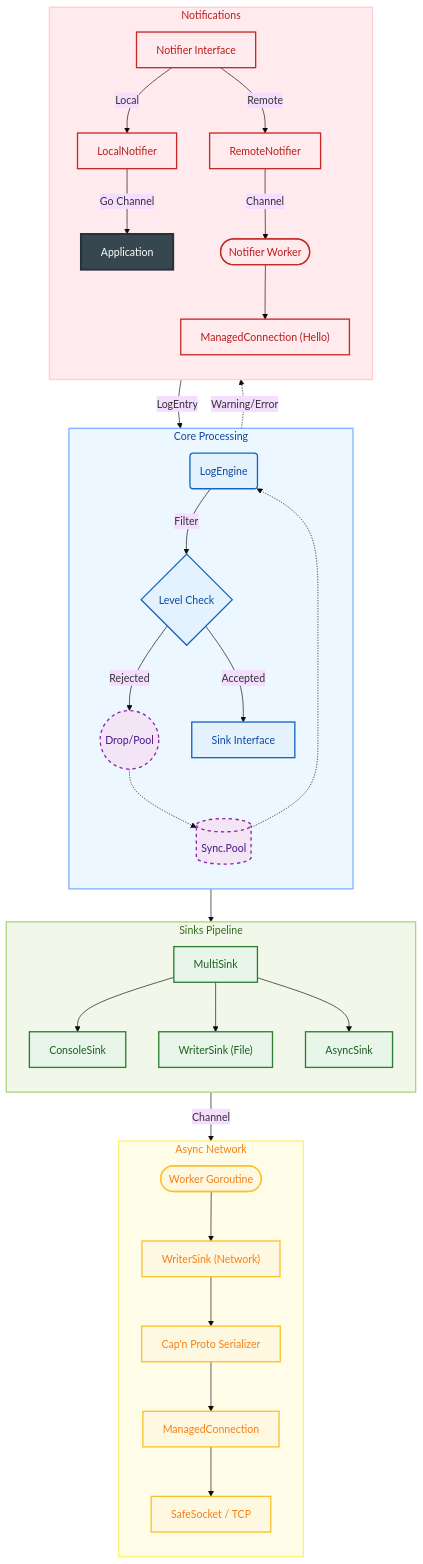
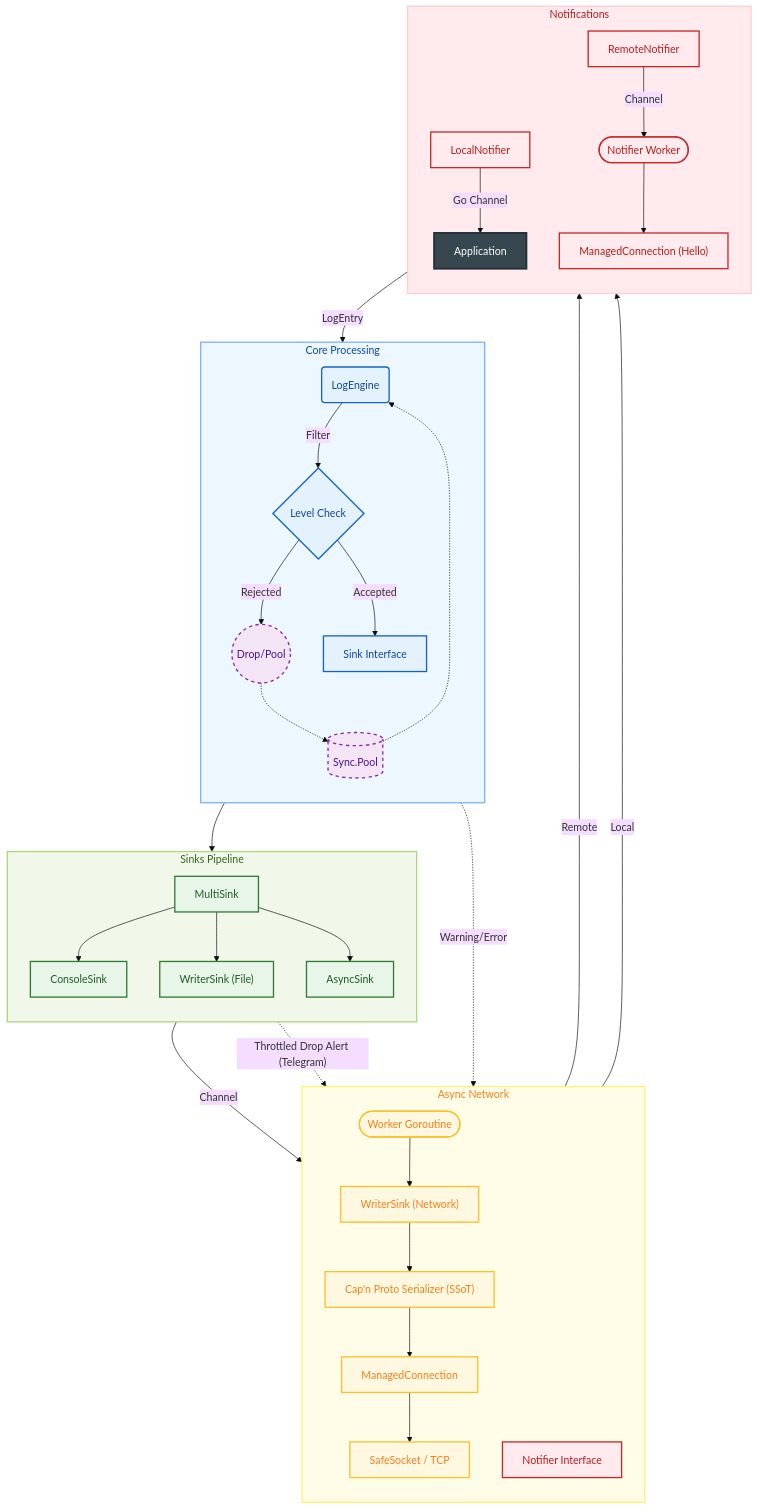
One commit to Bastien-Antigravity/flexible-logger changed the diagram in quick-overview/Architecture-Overview.md. Above: the diagram before and after it, drawn with Mermaid (base theme). The commit also changed other lines of this file and 25 other files, not shown here.

Commit message:
refactor: remove legacy local capnp schemas and adopt shared microservice-toolbox schemas

````diff
--- a/quick-overview/Architecture-Overview.md
+++ b/quick-overview/Architecture-Overview.md
@@ -19,57 +19,58 @@
 ```mermaid
 flowchart TD
     %% Styles
     classDef core fill:#e3f2fd,stroke:#1565c0,stroke-width:2px,color:#0d47a1;
     classDef sink fill:#e8f5e9,stroke:#2e7d32,stroke-width:2px,color:#1b5e20;
     classDef net fill:#fff8e1,stroke:#fbc02d,stroke-width:2px,color:#f57f17;
     classDef alert fill:#ffebee,stroke:#c62828,stroke-width:2px,color:#b71c1c;
     classDef pool fill:#f3e5f5,stroke:#8e24aa,stroke-width:2px,stroke-dasharray: 5 5,color:#4a148c;
 
     %% Application Node Styling
     style App fill:#37474f,stroke:#263238,stroke-width:3px,color:#ffffff
 
     %% Nodes
     App[Application] -->|LogEntry| Engine(LogEngine):::core
     
     subgraph Core [Core Processing]
         direction TB
         Engine -->|Filter| Decision{Level Check}:::core
         Decision -- "Rejected" --> Drop((Drop/Pool)):::pool
         Decision -- "Accepted" --> Sinks[Sink Interface]:::core
         
         %% Pool Cycle
         Drop -.-> Pool[(Sync.Pool)]:::pool
         Pool -.-> Engine
     end
     style Core fill:#edf7ff,stroke:#82b1ff,stroke-width:2px,color:#0d47a1
     
     subgraph SinksPipe [Sinks Pipeline]
         direction TB
         Sinks --> Multi[MultiSink]:::sink
         Multi --> Console[ConsoleSink]:::sink
         Multi --> File["WriterSink (File)"]:::sink
         Multi --> Async[AsyncSink]:::sink
     end
     style SinksPipe fill:#f1f8e9,stroke:#aed581,stroke-width:2px,color:#33691e
     
     subgraph AsyncNet [Async Network]
         direction TB
         Async -- Channel --> Worker([Worker Goroutine]):::net
+        Async -. "Throttled Drop Alert (Telegram)" .-> Notifier
         Worker --> NetSink["WriterSink (Network)"]:::net
-        NetSink --> Serializer["Cap'n Proto Serializer"]:::net
+        NetSink --> Serializer["Cap'n Proto Serializer (SSoT)"]:::net
         Serializer --> ManagedConn[ManagedConnection]:::net
         ManagedConn --> Socket["SafeSocket / TCP"]:::net
     end
     style AsyncNet fill:#fffde7,stroke:#fff176,stroke-width:2px,color:#f57f17
     
     subgraph Notif [Notifications]
         direction TB
         Engine -. "Warning/Error" .-> Notifier[Notifier Interface]:::alert
         Notifier -- "Remote" --> Remote[RemoteNotifier]:::alert
         Notifier -- "Local" --> Local[LocalNotifier]:::alert
         Remote -- Channel --> NotifWorker([Notifier Worker]):::alert
         NotifWorker --> NotifConn["ManagedConnection (Hello)"]:::alert
         Local -- "Go Channel" --> App
     end
     style Notif fill:#ffebee,stroke:#ffcdd2,stroke-width:2px,color:#b71c1c
 ```
````
